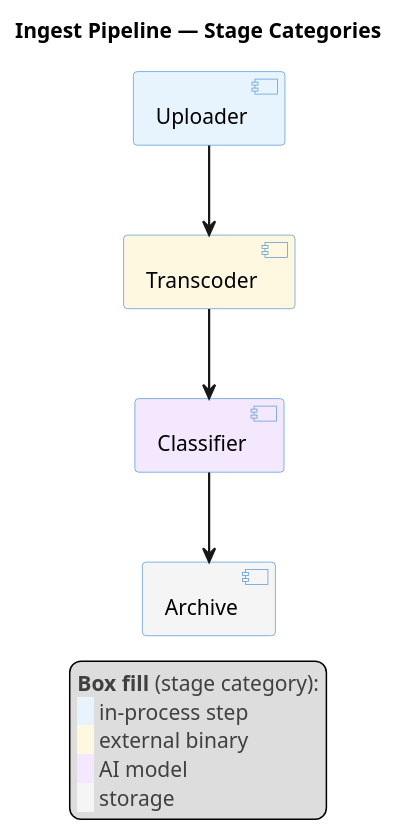
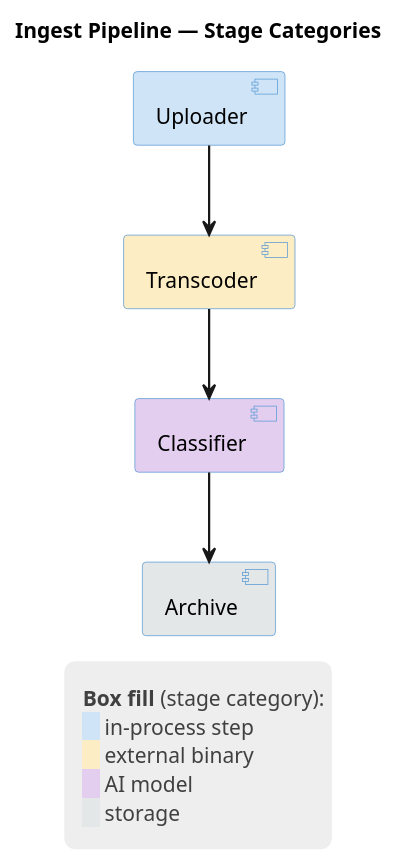
Before and after one commit to artem-from-ua/claude-plugins: the second of 2 diagrams in plugins/plantuml/skills/plantuml-diagram-guide/references/styling.md, drawn with PlantUML. The commit also changed other lines of this file and 4 other files, not shown here.

First line of the commit message:
feat(plantuml): style legends with skinparams, darken palette fills

````diff
--- a/plugins/plantuml/skills/plantuml-diagram-guide/references/styling.md
+++ b/plugins/plantuml/skills/plantuml-diagram-guide/references/styling.md
@@ -84,25 +100,30 @@
 ```plantuml
 @startuml
 title Ingest Pipeline — Stage Categories
 skinparam ArrowThickness 1.5
-skinparam ComponentBackgroundColor #E8F4FD
+skinparam ComponentBackgroundColor #CFE4F6
 skinparam ComponentBorderColor #5B9BD5
+skinparam legendBackgroundColor #EEEEEE
+skinparam legendBorderColor transparent
+skinparam LegendFontColor #404040
 
-[Uploader] as up #E8F4FD
-[Transcoder] as tr #FFF8E1
-[Classifier] as cl #F3E8FD
-[Archive] as ar #F5F5F5
+[Uploader] as up #CFE4F6
+[Transcoder] as tr #FDEDC4
+[Classifier] as cl #E3CEF0
+[Archive] as ar #E4E7E7
 
 up --> tr
 tr --> cl
 cl --> ar
 
 legend right
-  <color:#404040>**Box fill** (stage category):</color>
-  <back:#E8F4FD>   </back> <color:#404040>in-process step</color>
-  <back:#FFF8E1>   </back> <color:#404040>external binary</color>
-  <back:#F3E8FD>   </back> <color:#404040>AI model</color>
-  <back:#F5F5F5>   </back> <color:#404040>storage</color>
+  <size:6> </size>
+    **Box fill** (stage category):
+    <back:#CFE4F6>   </back> in-process step
+    <back:#FDEDC4>   </back> external binary
+    <back:#E3CEF0>   </back> AI model
+    <back:#E4E7E7>   </back> storage
+  <size:6> </size>
 end legend
 @enduml
 ```
````
